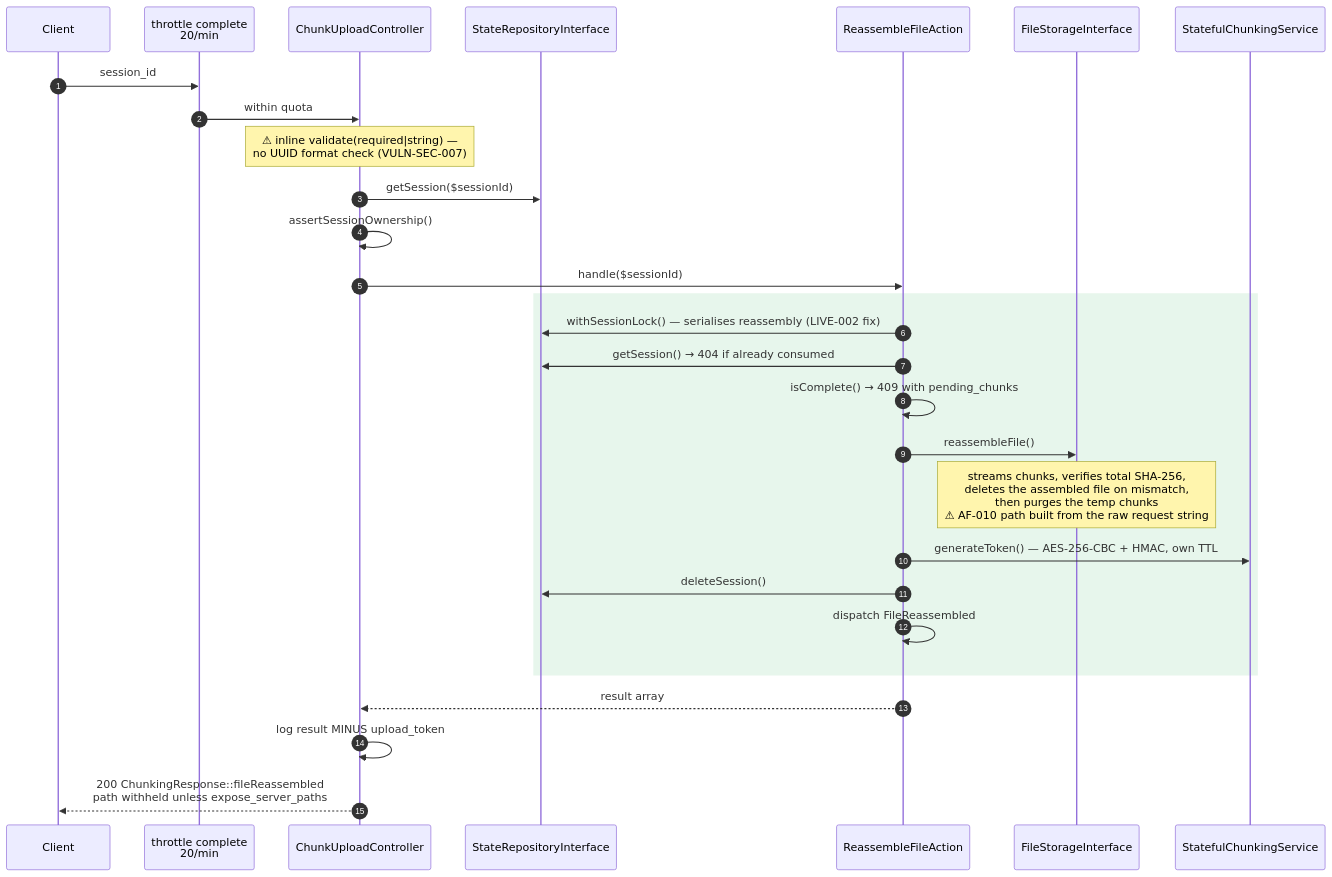
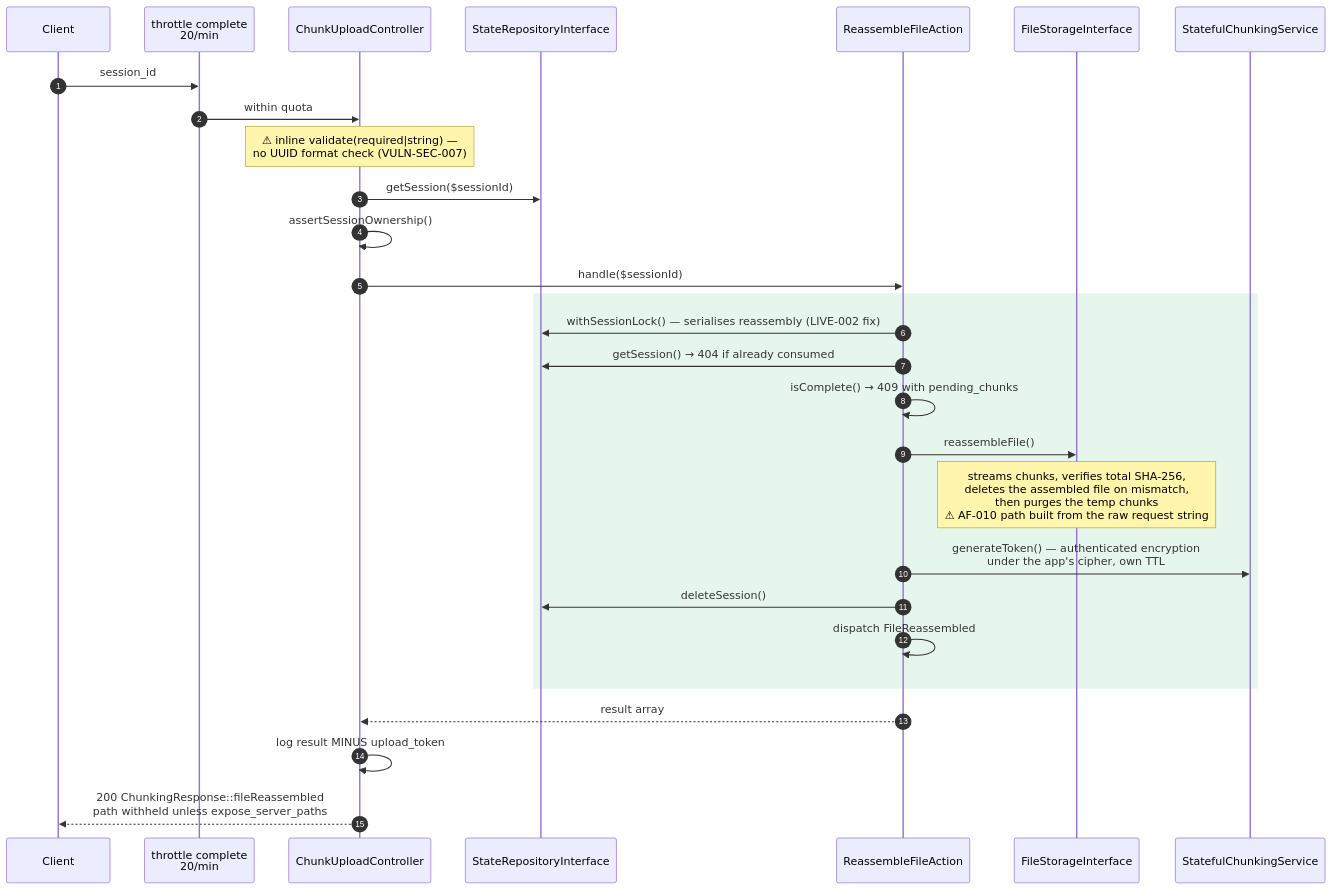
One commit to JuanGuerreroDev/stateful-chunking-package changed the fourth of 6 diagrams in docs/architecture/request-lifecycle.md. Above: the diagram before and after it, drawn with Mermaid. The commit also changed other lines of this file and 3 other files, not shown here.

````diff
--- a/docs/architecture/request-lifecycle.md
+++ b/docs/architecture/request-lifecycle.md
@@ -147,33 +151,33 @@
 ```mermaid
 sequenceDiagram
     autonumber
     participant CL as Client
     participant RL as throttle complete<br/>20/min
     participant CT as ChunkUploadController
     participant RP as StateRepositoryInterface
     participant AC as ReassembleFileAction
     participant ST as FileStorageInterface
     participant TK as StatefulChunkingService
 
     CL->>RL: session_id
     RL->>CT: within quota
     Note over CT: ⚠ inline validate(required|string) —<br/>no UUID format check (VULN-SEC-007)
     CT->>RP: getSession($sessionId)
     CT->>CT: assertSessionOwnership()
     CT->>AC: handle($sessionId)
 
     rect rgb(231, 246, 236)
         AC->>RP: withSessionLock() — serialises reassembly (LIVE-002 fix)
         AC->>RP: getSession() → 404 if already consumed
         AC->>AC: isComplete() → 409 with pending_chunks
         AC->>ST: reassembleFile()
         Note over ST: streams chunks, verifies total SHA-256,<br/>deletes the assembled file on mismatch,<br/>then purges the temp chunks<br/>⚠ AF-010 path built from the raw request string
-        AC->>TK: generateToken() — AES-256-CBC + HMAC, own TTL
+        AC->>TK: generateToken() — authenticated encryption<br/>under the app's cipher, own TTL
         AC->>RP: deleteSession()
         AC->>AC: dispatch FileReassembled
     end
 
     AC-->>CT: result array
     CT->>CT: log result MINUS upload_token
     CT-->>CL: 200 ChunkingResponse::fileReassembled<br/>path withheld unless expose_server_paths
 ```
````
